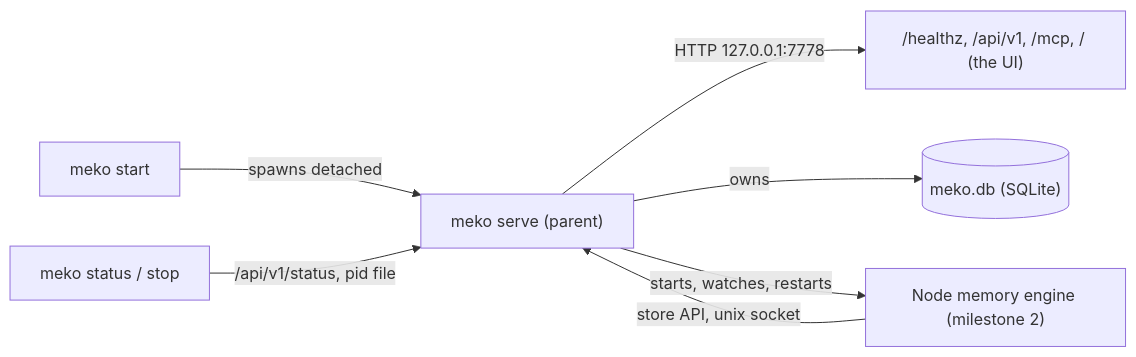
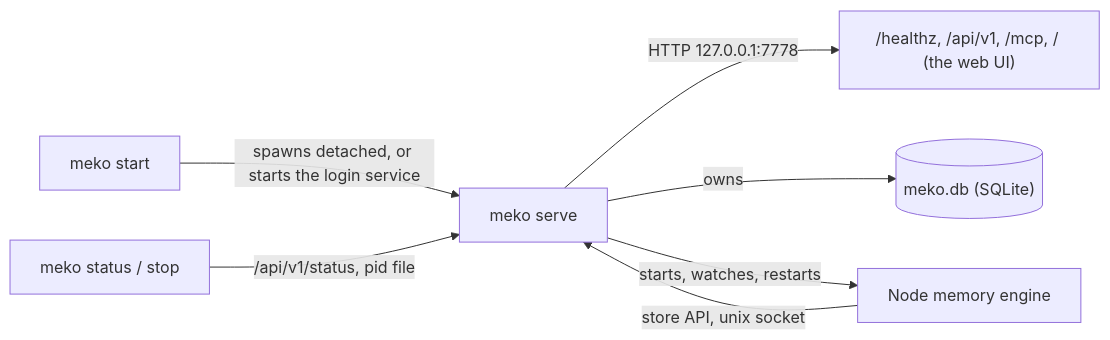
One commit to yugabyte/meko changed the diagram in backend/docs/design.md. Above: the diagram before and after it, drawn with Mermaid. The commit also changed other lines of this file and 20 other files, not shown here.

````diff
--- a/backend/docs/design.md
+++ b/backend/docs/design.md
@@ -68,9 +27,9 @@
 ```mermaid
 flowchart LR
-  cli["meko start"] -->|spawns detached| serve["meko serve (parent)"]
-  serve -->|"HTTP 127.0.0.1:7778"| api["/healthz, /api/v1, /mcp, / (the UI)"]
+  cli["meko start"] -->|"spawns detached, or starts the login service"| serve["meko serve"]
+  serve -->|"HTTP 127.0.0.1:7778"| api["/healthz, /api/v1, /mcp, / (the web UI)"]
   serve -->|"owns"| db[("meko.db (SQLite)")]
-  serve -->|"starts, watches, restarts"| memory_engine["Node memory engine (milestone 2)"]
+  serve -->|"starts, watches, restarts"| memory_engine["Node memory engine"]
   memory_engine -->|"store API, unix socket"| serve
   status["meko status / stop"] -->|"/api/v1/status, pid file"| serve
 ```
````
